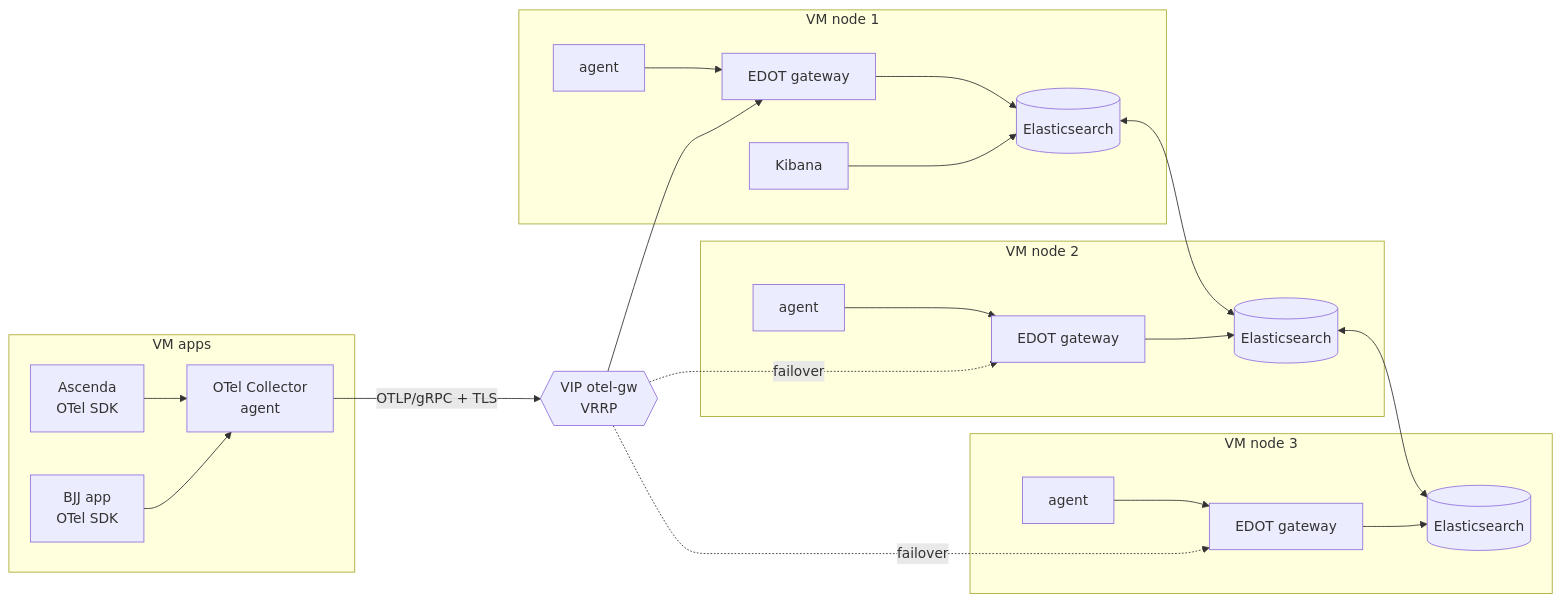
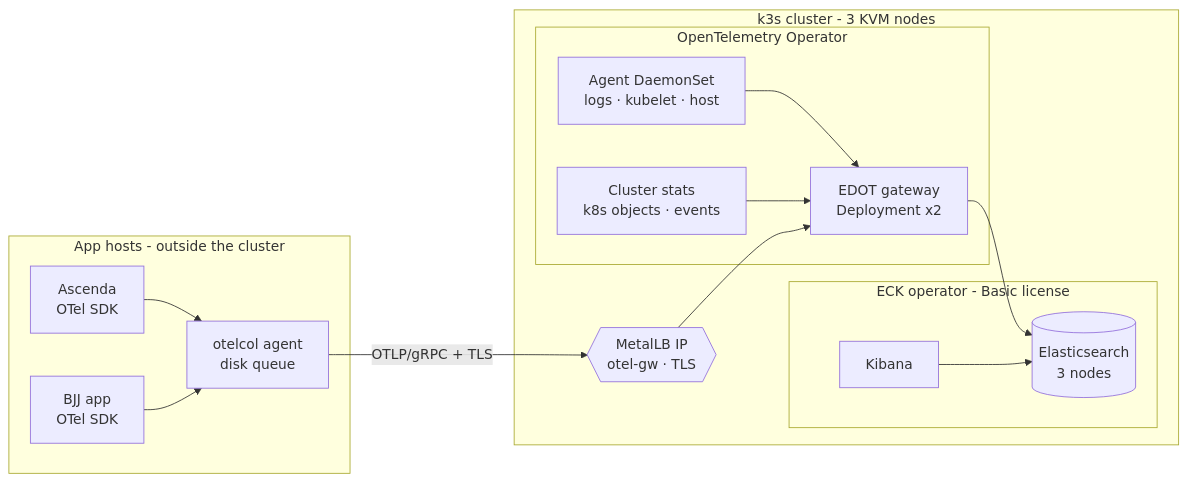
The diagram in README.md (danyseve/otel-elastic-lab), drawn with Mermaid before and after one commit. The commit also changed other lines of this file and 73 other files, not shown here.

First line of the commit message:
feat!: move to ECK on k3s with OpenTelemetry Operator (Basic license only)

````diff
--- a/README.md
+++ b/README.md
@@ -26,31 +27,28 @@
 ```mermaid
 flowchart LR
-  subgraph APPS [VM apps]
+  subgraph APPS [App hosts - outside the cluster]
     A1[Ascenda<br/>OTel SDK] --> AG
     A2[BJJ app<br/>OTel SDK] --> AG
-    AG[OTel Collector<br/>agent]
+    AG[otelcol agent<br/>disk queue]
   end
 
-  VIP{{VIP otel-gw<br/>VRRP}}
-
-  subgraph N1 [VM node 1]
-    GW1[EDOT gateway] --> ES1[(Elasticsearch)]
-    K[Kibana]
-    AG1[agent] --> GW1
-  end
-  subgraph N2 [VM node 2]
-    GW2[EDOT gateway] --> ES2[(Elasticsearch)]
-    AG2[agent] --> GW2
-  end
-  subgraph N3 [VM node 3]
-    GW3[EDOT gateway] --> ES3[(Elasticsearch)]
-    AG3[agent] --> GW3
+  subgraph K8S [k3s cluster - 3 KVM nodes]
+    LB{{MetalLB IP<br/>otel-gw · TLS}}
+    subgraph OTEL [OpenTelemetry Operator]
+      DS[Agent DaemonSet<br/>logs · kubelet · host]
+      CS[Cluster stats<br/>k8s objects · events]
+      GW[EDOT gateway<br/>Deployment x2]
+    end
+    subgraph ECK [ECK operator - Basic license]
+      ES[(Elasticsearch<br/>3 nodes)]
+      KB[Kibana]
+    end
+    DS --> GW
+    CS --> GW
+    LB --> GW
+    GW --> ES
+    KB --> ES
   end
 
-  AG -- "OTLP/gRPC + TLS" --> VIP
-  VIP --> GW1
-  VIP -.failover.-> GW2
-  VIP -.failover.-> GW3
-  ES1 <--> ES2 <--> ES3
-  K --> ES1
+  AG -- "OTLP/gRPC + TLS" --> LB
 ```
````
